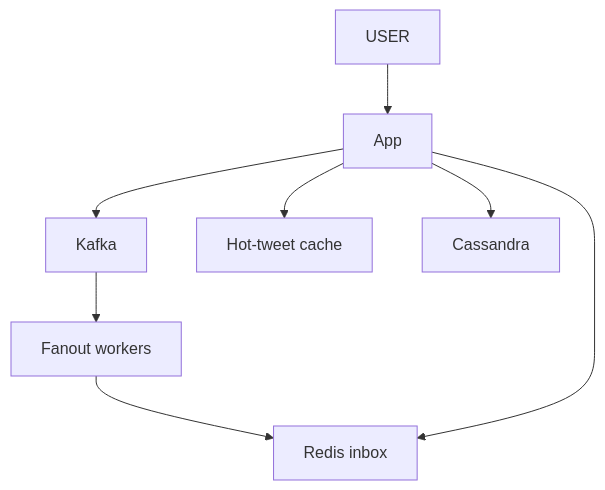
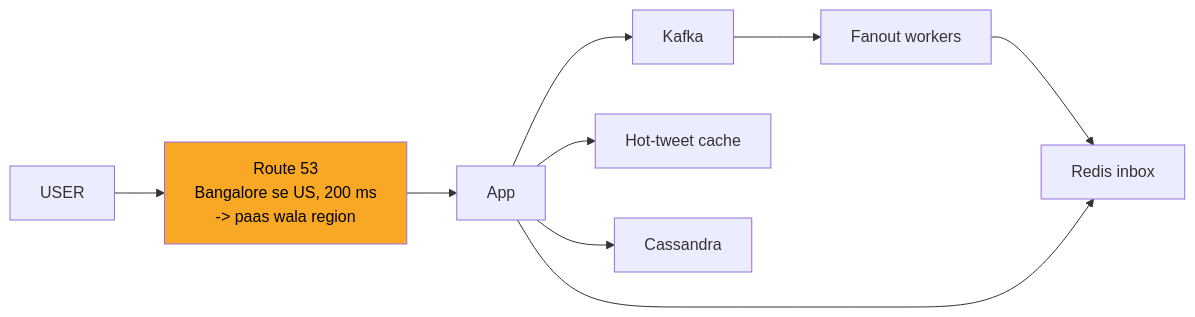
One commit to ArpanMaheshwari144/Prep changed the eighth of 12 diagrams in 04_HLD/SYSTEM_DESIGNS/03_twitter_feed/03_twitter_feed.md. Above: the diagram before and after it, drawn with Mermaid. The commit also changed other lines of this file and 2 other files, not shown here.

Commit message:
url shortener, rate limiter, twitter: one-day story, short cards, follow-ups with rules, highlighted diagrams

````diff
--- a/04_HLD/SYSTEM_DESIGNS/03_twitter_feed/03_twitter_feed.md
+++ b/04_HLD/SYSTEM_DESIGNS/03_twitter_feed/03_twitter_feed.md
@@ -315,17 +311,20 @@
 ```mermaid
-flowchart TD
+flowchart LR
     n_USER["USER"]
+    n_Route_53["Route 53<br/>Bangalore se US, 200 ms<br/>-> paas wala region"]
     n_App["App"]
     n_Kafka["Kafka"]
     n_Fanout_workers["Fanout workers"]
     n_Redis_inbox["Redis inbox"]
     n_Hot_tweet_cache["Hot-tweet cache"]
     n_Cassandra["Cassandra"]
-    n_USER --> n_App
+    n_USER --> n_Route_53
+    n_Route_53 --> n_App
     n_App --> n_Kafka
     n_App --> n_Hot_tweet_cache
     n_App --> n_Cassandra
     n_Kafka --> n_Fanout_workers
     n_Fanout_workers --> n_Redis_inbox
     n_App --> n_Redis_inbox
+    style n_Route_53 fill:#f9a825,color:#000
 ```
````
